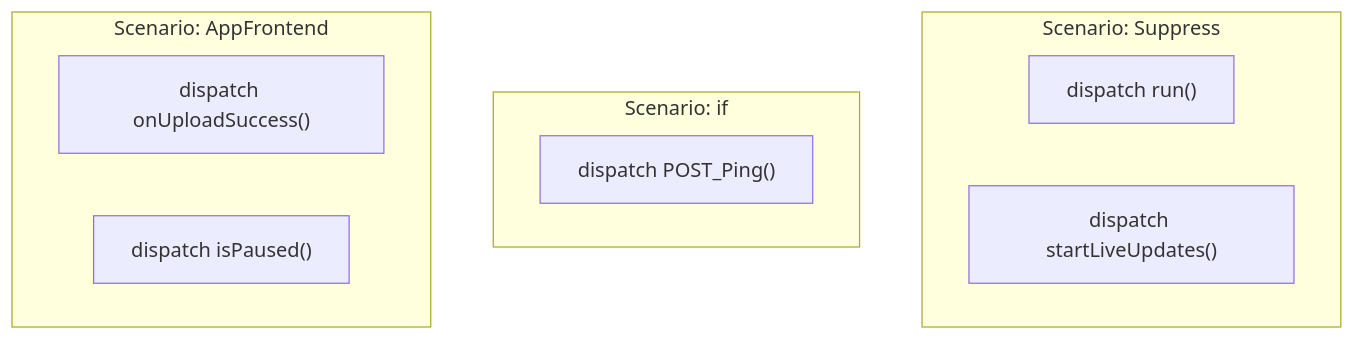
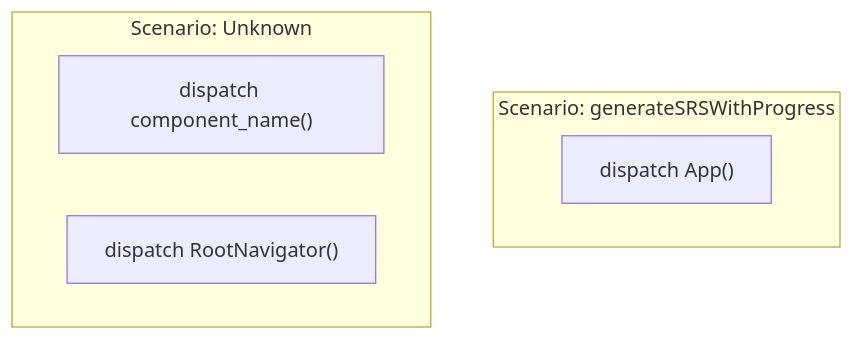
Before and after one commit to AhmadHassan-BTed/OpenHeart: the diagram in web/diagrams/interaction.mmd, drawn with Mermaid. The commit also changed 58 other files, not shown here.

Commit message:
feat(ui): widen repo import bar and implement live step-by-step cloning progress tracker

```diff
--- a/web/diagrams/interaction.mmd
+++ b/web/diagrams/interaction.mmd
@@ -1,19 +1,16 @@
 graph TD
-    subgraph Scenario_AppFrontend["Scenario: AppFrontend"]
-        Disp_onUploadSuccess["dispatch onUploadSuccess()"]
+    subgraph Scenario_generateSRSWithProgress["Scenario: generateSRSWithProgress"]
+        Disp_App["dispatch App()"]
     end
 
-    subgraph Scenario_Suppress["Scenario: Suppress"]
-        Disp_run["dispatch run()"]
-        Disp_startLiveUpdates["dispatch startLiveUpdates()"]
-        Disp_startLiveUpdates["dispatch startLiveUpdates()"]
-        Disp_startLiveUpdates["dispatch startLiveUpdates()"]
+    subgraph Scenario_Unknown["Scenario: Unknown"]
+        Disp_component_name["dispatch component_name()"]
     end
 
-    subgraph Scenario_if["Scenario: if"]
-        Disp_POST_Ping["dispatch POST_Ping()"]
+    subgraph Scenario_Unknown["Scenario: Unknown"]
+        Disp_RootNavigator["dispatch RootNavigator()"]
     end
 
-    subgraph Scenario_AppFrontend["Scenario: AppFrontend"]
-        Disp_isPaused["dispatch isPaused()"]
+    subgraph Scenario_Unknown["Scenario: Unknown"]
+        Disp_component_name["dispatch component_name()"]
     end
```
